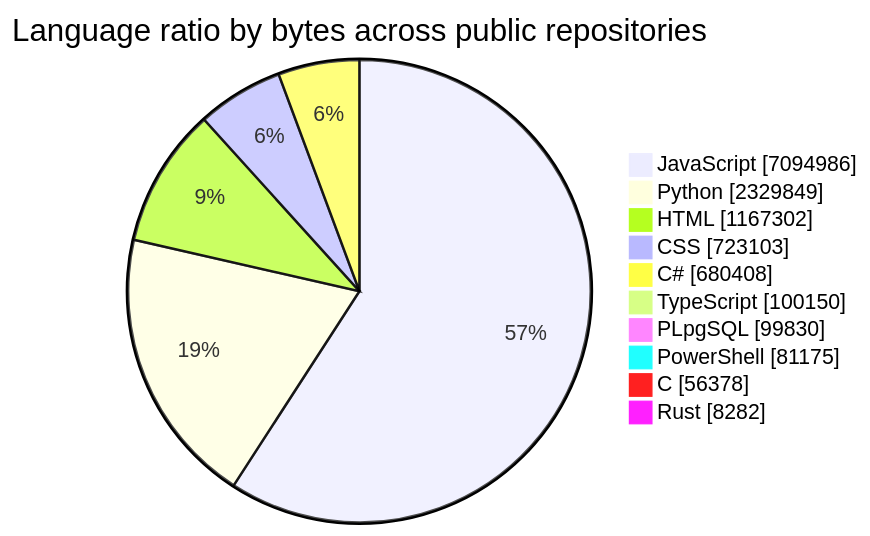
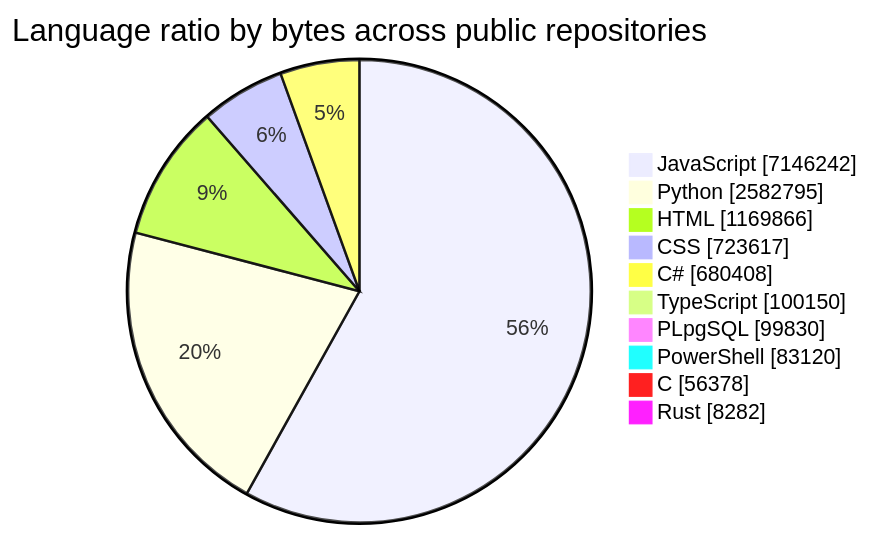
One commit to tchinso/tchinso changed the first of 2 diagrams in README.md. Above: the diagram before and after it, drawn with Mermaid. The commit also changed other lines of this file, not shown here.

````diff
--- a/README.md
+++ b/README.md
@@ -27,14 +27,14 @@
 ```mermaid
 pie showData
     title Language ratio by bytes across public repositories
-    "JavaScript" : 7094986
-    "Python" : 2329849
-    "HTML" : 1167302
-    "CSS" : 723103
+    "JavaScript" : 7146242
+    "Python" : 2582795
+    "HTML" : 1169866
+    "CSS" : 723617
     "C#" : 680408
     "TypeScript" : 100150
     "PLpgSQL" : 99830
-    "PowerShell" : 81175
+    "PowerShell" : 83120
     "C" : 56378
     "Rust" : 8282
 ```
````
